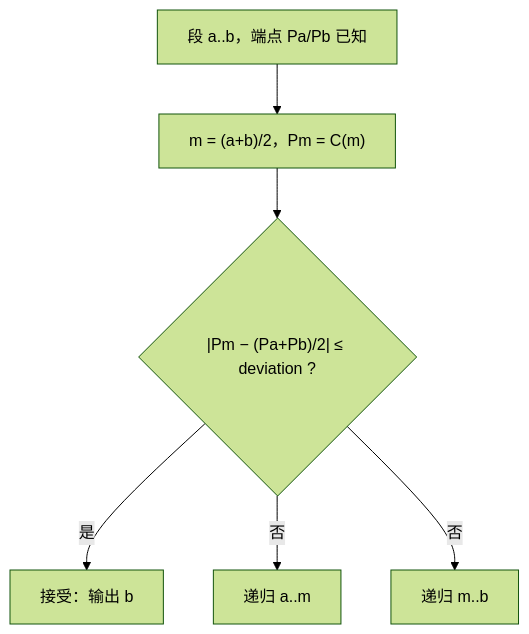
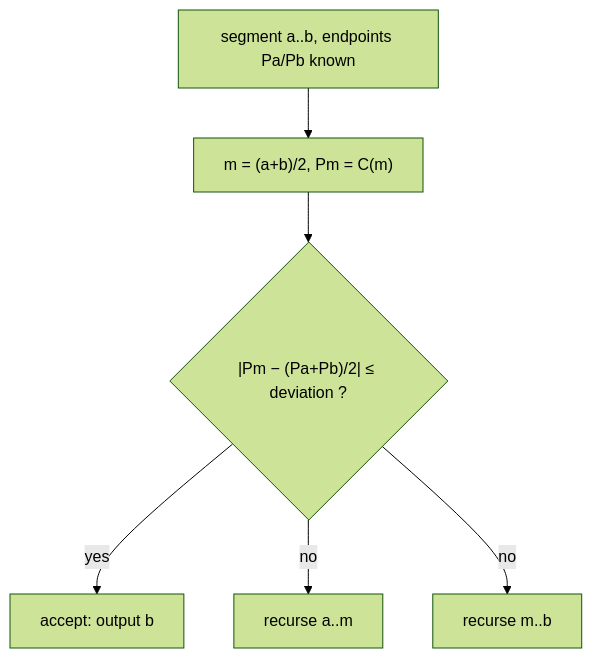
The diagram in .ai/design/geometry-curve-discretization.md (lonelyong/Vine), drawn with Mermaid (forest theme) before and after one commit. The commit also changed other lines of this file, not shown here.

````diff
--- a/.ai/design/geometry-curve-discretization.md
+++ b/.ai/design/geometry-curve-discretization.md
@@ -87,8 +93,8 @@
 ```mermaid
 flowchart TD
-    A["段 a..b，端点 Pa/Pb 已知"] --> B["m = (a+b)/2，Pm = C(m)"]
+    A["segment a..b, endpoints Pa/Pb known"] --> B["m = (a+b)/2, Pm = C(m)"]
     B --> C{"|Pm − (Pa+Pb)/2| ≤ deviation ?"}
-    C -->|是| D["接受：输出 b"]
-    C -->|否| E["递归 a..m"]
-    C -->|否| F["递归 m..b"]
+    C -->|yes| D["accept: output b"]
+    C -->|no| E["recurse a..m"]
+    C -->|no| F["recurse m..b"]
 ```
````
